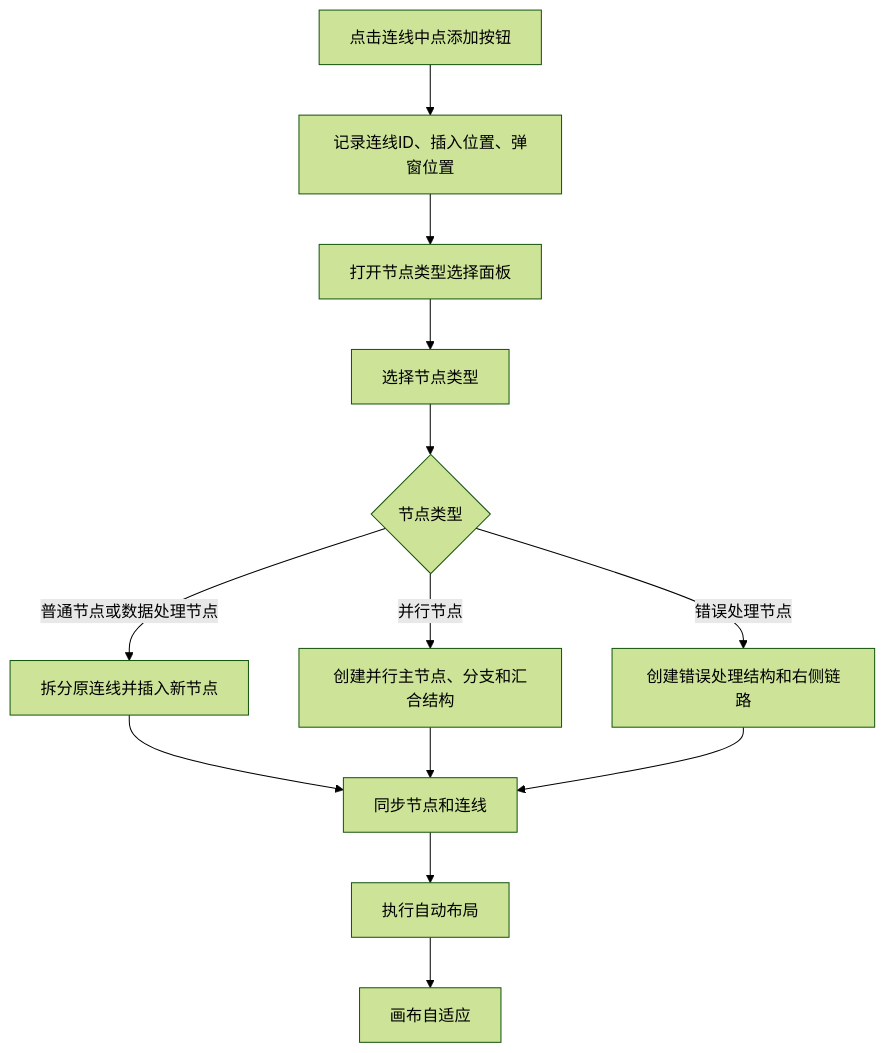
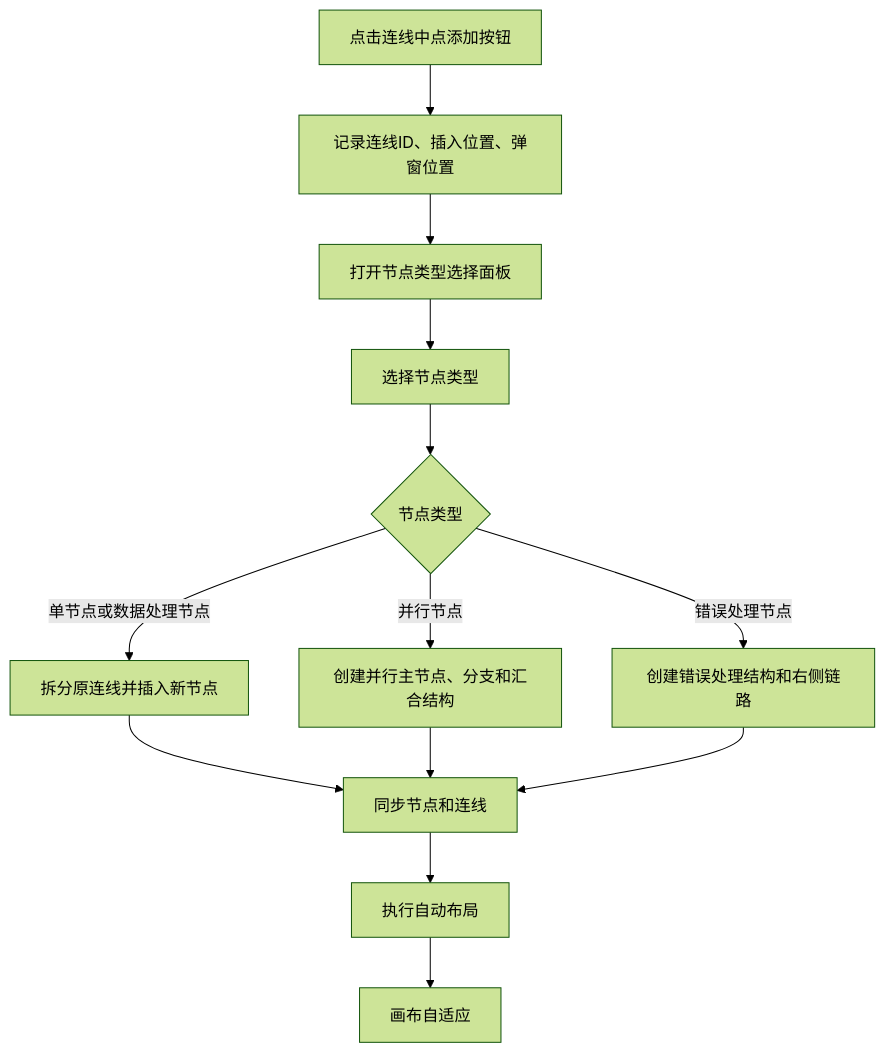
Diagram 11 of 32 in front/doc/2026年6月文档/连接流配置需求设计说明书.md (THZSummer/open-app), drawn with Mermaid (forest theme) before and after one commit. The commit also changed other lines of this file and 6 other files, not shown here.

````diff
--- a/front/doc/2026年6月文档/连接流配置需求设计说明书.md
+++ b/front/doc/2026年6月文档/连接流配置需求设计说明书.md
@@ -417,15 +409,15 @@
 ```mermaid
 flowchart TD
   EdgeButton[点击连线中点添加按钮] --> RecordContext[记录连线ID、插入位置、弹窗位置]
   RecordContext --> OpenSelector[打开节点类型选择面板]
   OpenSelector --> SelectType[选择节点类型]
   SelectType --> TypeCheck{节点类型}
-  TypeCheck -->|普通节点或数据处理节点| InsertNormal[拆分原连线并插入新节点]
+  TypeCheck -->|单节点或数据处理节点| InsertNormal[拆分原连线并插入新节点]
   TypeCheck -->|并行节点| InsertParallel[创建并行主节点、分支和汇合结构]
   TypeCheck -->|错误处理节点| InsertErrorHandler[创建错误处理结构和右侧链路]
   InsertNormal --> SyncCanvas[同步节点和连线]
   InsertParallel --> SyncCanvas
   InsertErrorHandler --> SyncCanvas
   SyncCanvas --> AutoLayout[执行自动布局]
   AutoLayout --> FitView[画布自适应]
 ```
````
